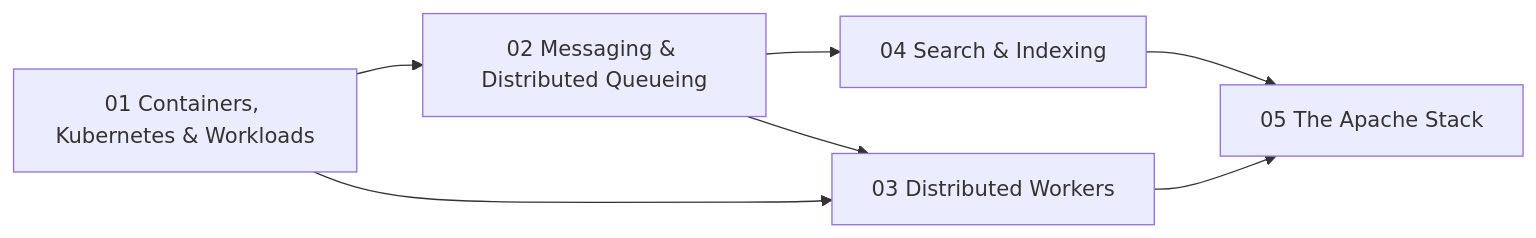
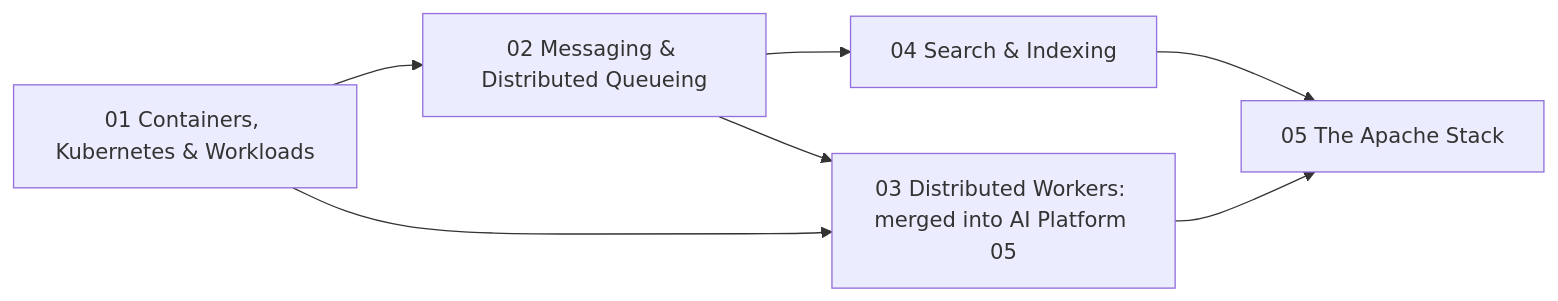
The diagram in infrastructure/README.md (urmzd/supersource), drawn with Mermaid before and after one commit. The commit also changed other lines of this file and 2080 other files, not shown here.

````diff
--- a/infrastructure/README.md
+++ b/infrastructure/README.md
@@ -15,9 +15,9 @@
 ```mermaid
 graph LR
     K8S[01 Containers, Kubernetes & Workloads] --> MSG[02 Messaging & Distributed Queueing]
-    MSG --> WRK[03 Distributed Workers]
+    MSG --> WRK[03 Distributed Workers: merged into AI Platform 05]
     K8S --> WRK
     MSG --> SRCH[04 Search & Indexing]
     SRCH --> APACHE[05 The Apache Stack]
     WRK --> APACHE
 ```
````
